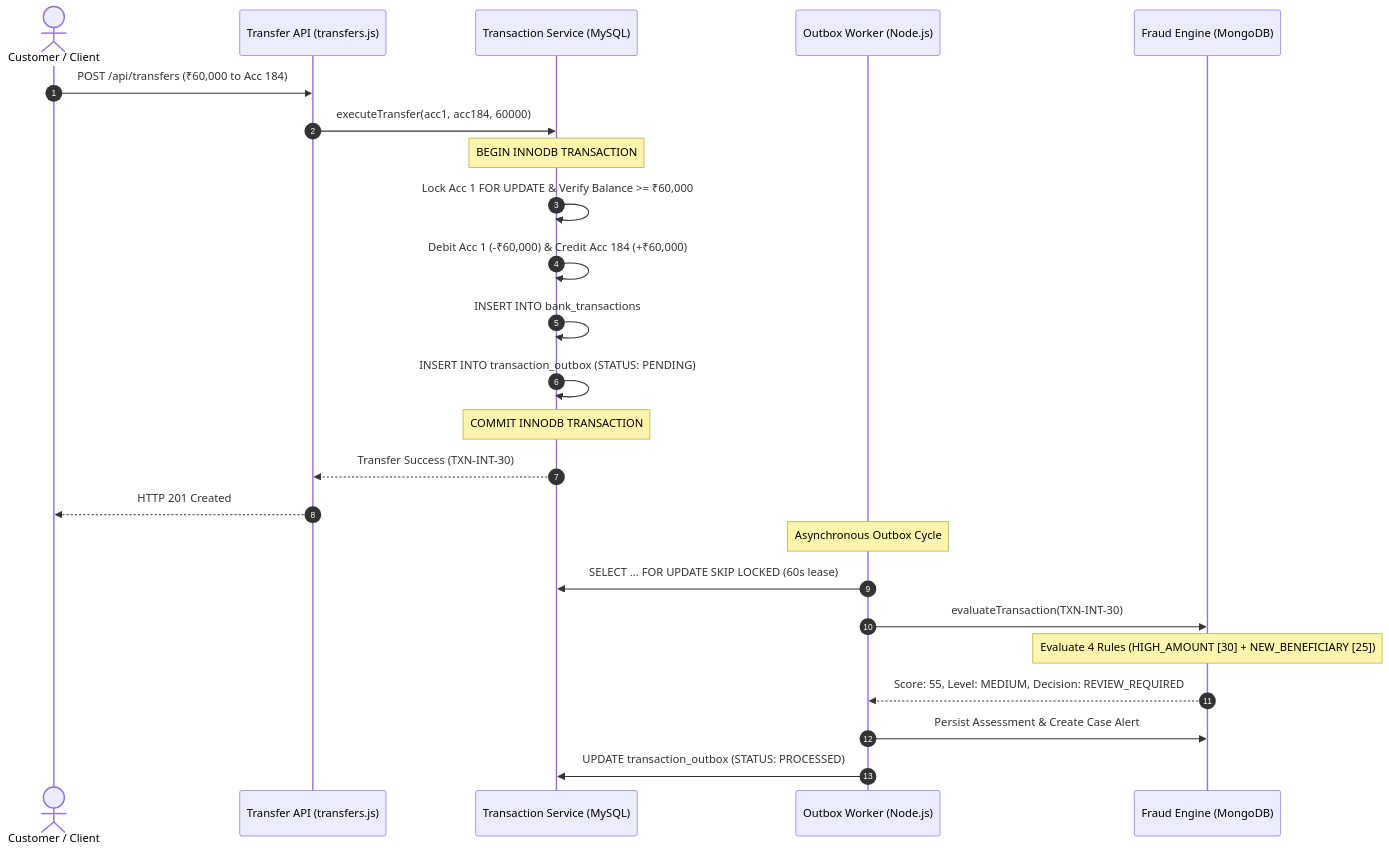
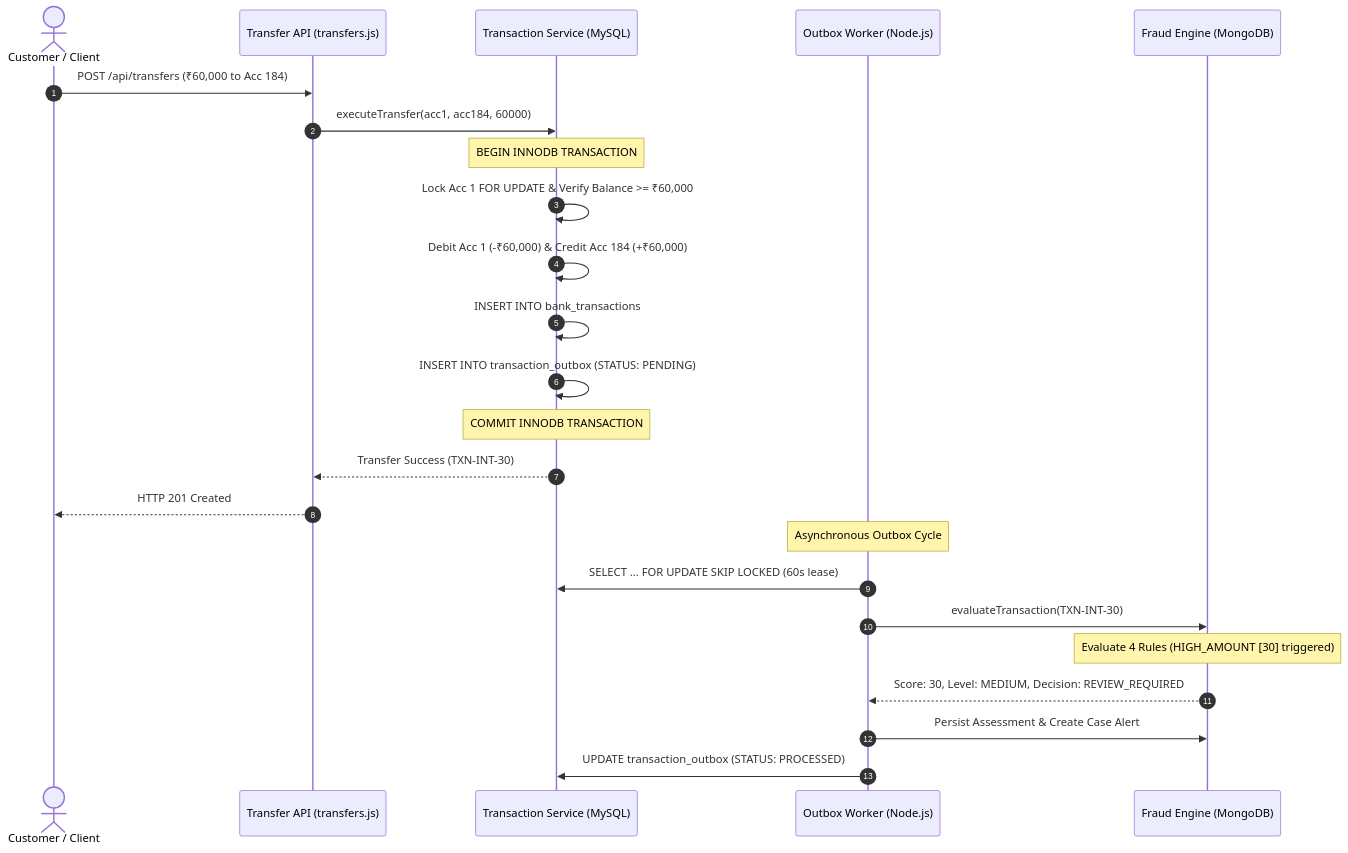
One commit to sujayhegde23/Bank-Management-System changed the third of 3 diagrams in docs/testing/branch_coverage_report.md. Above: the diagram before and after it, drawn with Mermaid. The commit also changed other lines of this file, not shown here.

Commit message:
docs: fix Mermaid parse error in branch_coverage_report.md

````diff
--- a/docs/testing/branch_coverage_report.md
+++ b/docs/testing/branch_coverage_report.md
@@ -252,28 +252,28 @@
 ```mermaid
 sequenceDiagram
     autonumber
     actor C as Customer / Client
     participant API as Transfer API (transfers.js)
     participant TS as Transaction Service (MySQL)
     participant OB as Outbox Worker (Node.js)
     participant FS as Fraud Engine (MongoDB)
     
     C->>API: POST /api/transfers (₹60,000 to Acc 184)
     API->>TS: executeTransfer(acc1, acc184, 60000)
     Note over TS: BEGIN INNODB TRANSACTION
     TS->>TS: Lock Acc 1 FOR UPDATE & Verify Balance >= ₹60,000
     TS->>TS: Debit Acc 1 (-₹60,000) & Credit Acc 184 (+₹60,000)
     TS->>TS: INSERT INTO bank_transactions
     TS->>TS: INSERT INTO transaction_outbox (STATUS: PENDING)
     Note over TS: COMMIT INNODB TRANSACTION
     TS-->>API: Transfer Success (TXN-INT-30)
     API-->>C: HTTP 201 Created
     
     Note over OB: Asynchronous Outbox Cycle
     OB->>TS: SELECT ... FOR UPDATE SKIP LOCKED (60s lease)
     OB->>FS: evaluateTransaction(TXN-INT-30)
-    Note over FS: Evaluate 4 Rules (HIGH_AMOUNT [30] + NEW_BENEFICIARY [25])
-    FS-->>OB: Score: 55, Level: MEDIUM, Decision: REVIEW_REQUIRED
+    Note over FS: Evaluate 4 Rules (HIGH_AMOUNT [30] triggered)
+    FS-->>OB: Score: 30, Level: MEDIUM, Decision: REVIEW_REQUIRED
     OB->>FS: Persist Assessment & Create Case Alert
     OB->>TS: UPDATE transaction_outbox (STATUS: PROCESSED)
 ```
````
